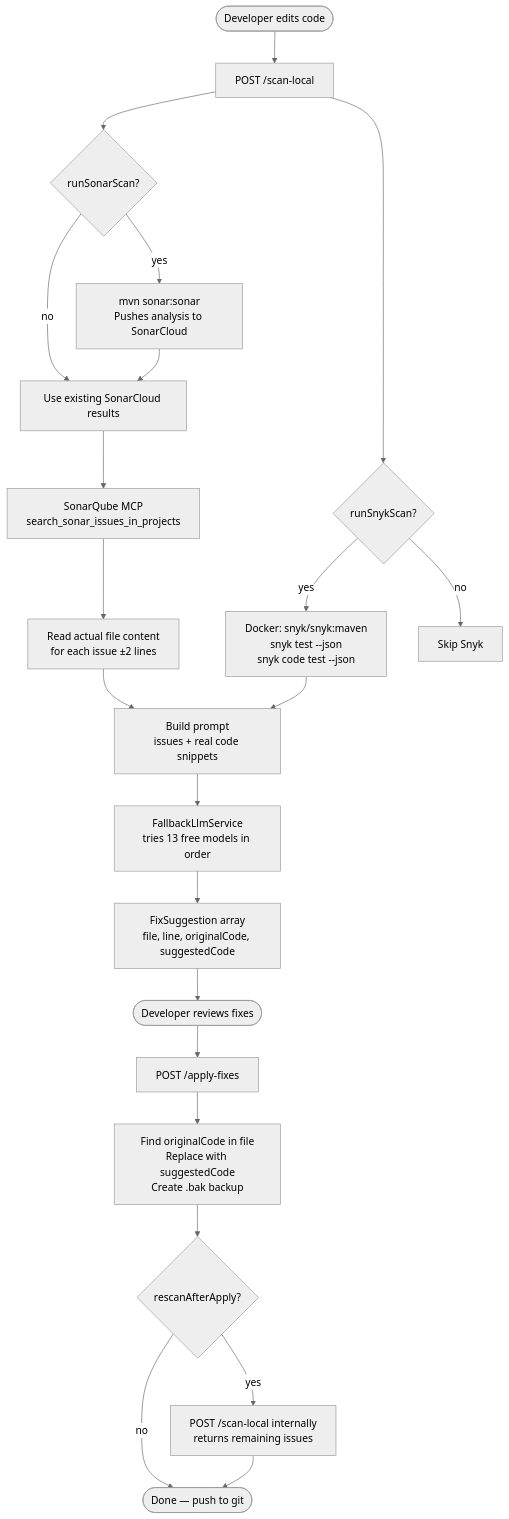
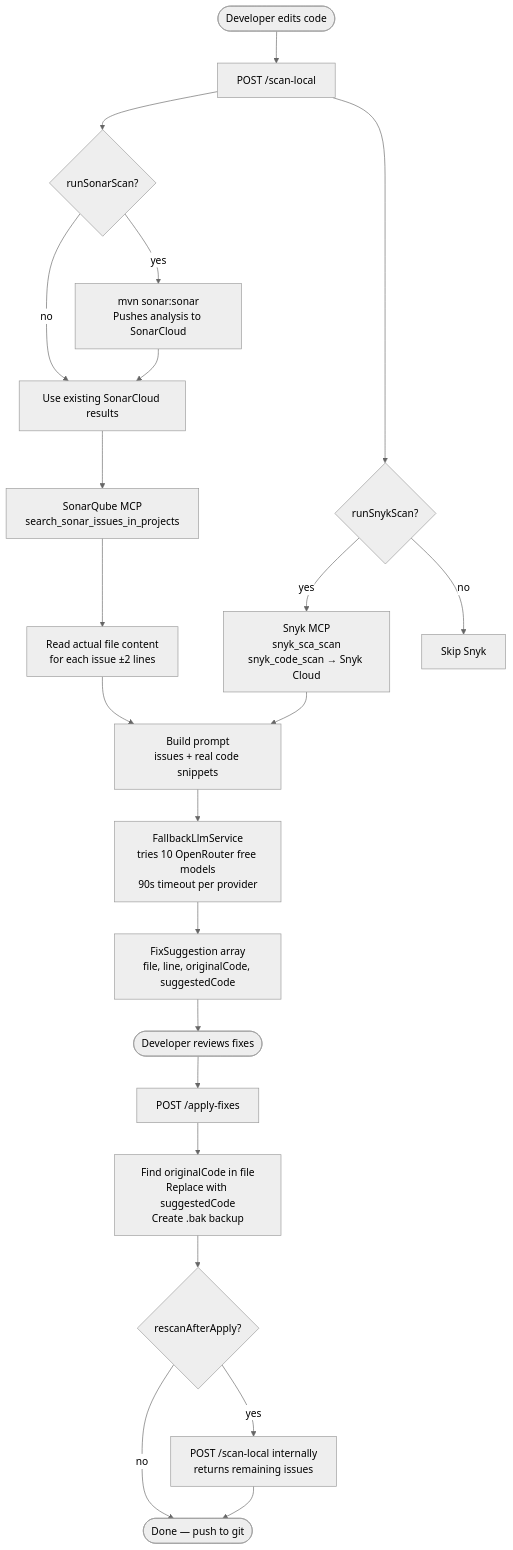
Before and after one commit to EnterprisAI/LocalDevScanMcpDemo: the first of 6 diagrams in LOCAL_SCAN_GUIDE.md, drawn with Mermaid (neutral theme). The commit also changed other lines of this file and 6 other files, not shown here.

First line of the commit message:
Add Snyk MCP client and migrate Snyk scans

````diff
--- a/LOCAL_SCAN_GUIDE.md
+++ b/LOCAL_SCAN_GUIDE.md
@@ -42,24 +41,24 @@
 ```mermaid
 flowchart TD
     A([Developer edits code]) --> B[POST /scan-local]
     B --> C{runSonarScan?}
     C -- yes --> D[mvn sonar:sonar\nPushes analysis to SonarCloud]
     C -- no --> E[Use existing SonarCloud results]
     D --> E
     E --> F[SonarQube MCP\nsearch_sonar_issues_in_projects]
     F --> G[Read actual file content\nfor each issue ±2 lines]
     B --> H{runSnykScan?}
-    H -- yes --> I[Docker: snyk/snyk:maven\nsnyk test --json\nsnyk code test --json]
+    H -- yes --> I[Snyk MCP\nsnyk_sca_scan\nsnyk_code_scan → Snyk Cloud]
     H -- no --> J[Skip Snyk]
     G --> K[Build prompt\nissues + real code snippets]
     I --> K
-    K --> L[FallbackLlmService\ntries 13 free models in order]
+    K --> L[FallbackLlmService\ntries 10 OpenRouter free models\n90s timeout per provider]
     L --> M[FixSuggestion array\nfile, line, originalCode, suggestedCode]
     M --> N([Developer reviews fixes])
     N --> O[POST /apply-fixes]
     O --> P[Find originalCode in file\nReplace with suggestedCode\nCreate .bak backup]
     P --> Q{rescanAfterApply?}
     Q -- yes --> R[POST /scan-local internally\nreturns remaining issues]
     Q -- no --> S([Done — push to git])
     R --> S
 ```
````
